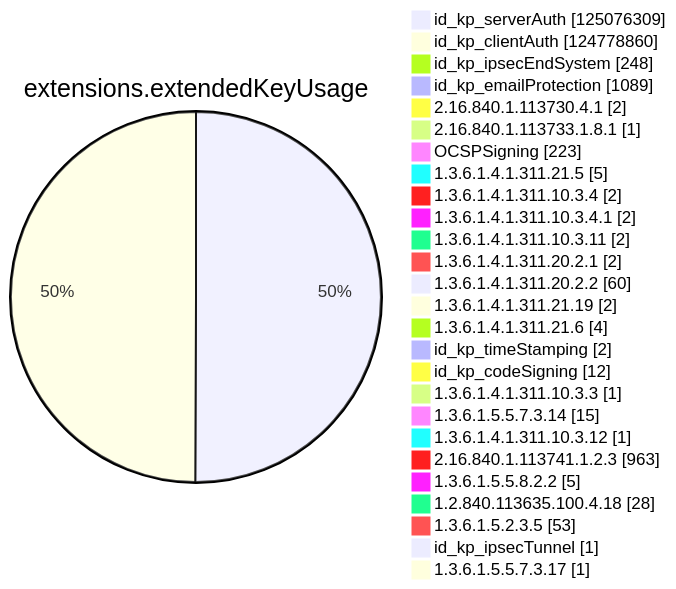
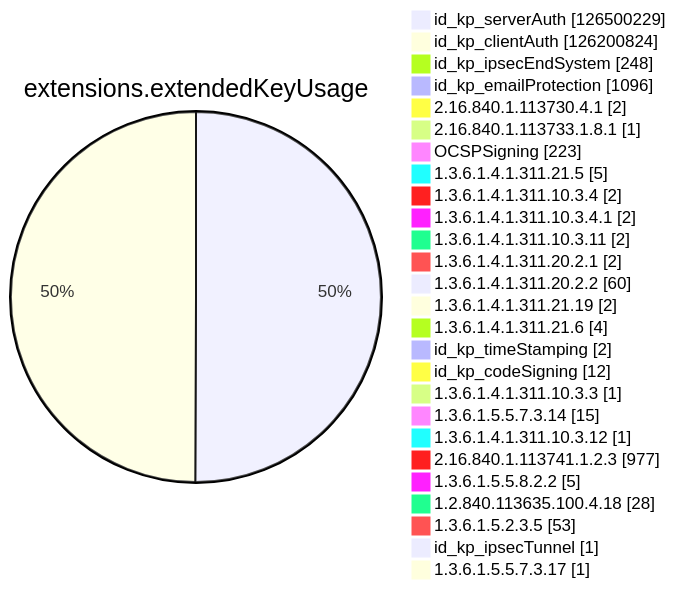
Before and after one commit to christiankrug/ctmonitor_visualization: diagram 11 of 15 in xenon2023/README.md, drawn with Mermaid. The commit also changed other lines of this file, not shown here.

````diff
--- a/xenon2023/README.md
+++ b/xenon2023/README.md
@@ -2703,30 +2709,30 @@
 ```mermaid
 pie showData
 title extensions.extendedKeyUsage
-"id_kp_serverAuth" :125076309
-"id_kp_clientAuth" :124778860
+"id_kp_serverAuth" :126500229
+"id_kp_clientAuth" :126200824
 "id_kp_ipsecEndSystem" :248
-"id_kp_emailProtection" :1089
+"id_kp_emailProtection" :1096
 "2.16.840.1.113730.4.1" :2
 "2.16.840.1.113733.1.8.1" :1
 "OCSPSigning" :223
 "1.3.6.1.4.1.311.21.5" :5
 "1.3.6.1.4.1.311.10.3.4" :2
 "1.3.6.1.4.1.311.10.3.4.1" :2
 "1.3.6.1.4.1.311.10.3.11" :2
 "1.3.6.1.4.1.311.20.2.1" :2
 "1.3.6.1.4.1.311.20.2.2" :60
 "1.3.6.1.4.1.311.21.19" :2
 "1.3.6.1.4.1.311.21.6" :4
 "id_kp_timeStamping" :2
 "id_kp_codeSigning" :12
 "1.3.6.1.4.1.311.10.3.3" :1
 "1.3.6.1.5.5.7.3.14" :15
 "1.3.6.1.4.1.311.10.3.12" :1
-"2.16.840.1.113741.1.2.3" :963
+"2.16.840.1.113741.1.2.3" :977
 "1.3.6.1.5.5.8.2.2" :5
 "1.2.840.113635.100.4.18" :28
 "1.3.6.1.5.2.3.5" :53
 "id_kp_ipsecTunnel" :1
 "1.3.6.1.5.5.7.3.17" :1
 ```
````
